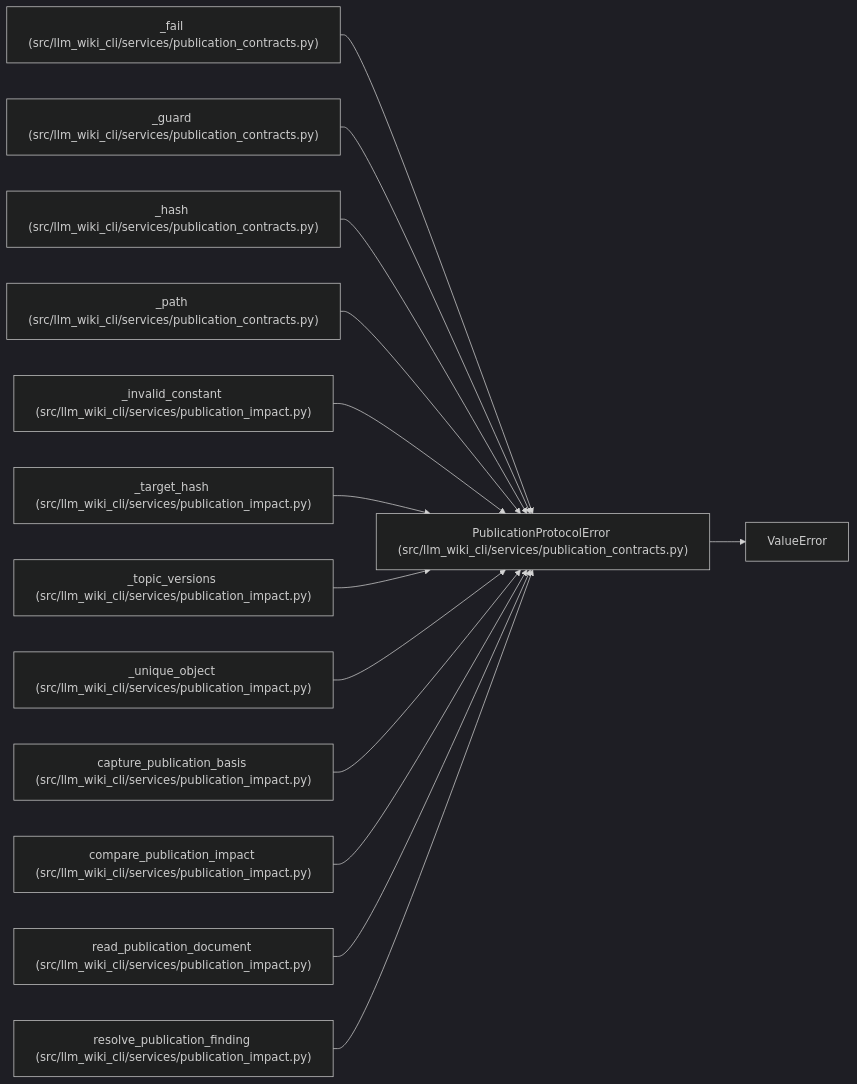
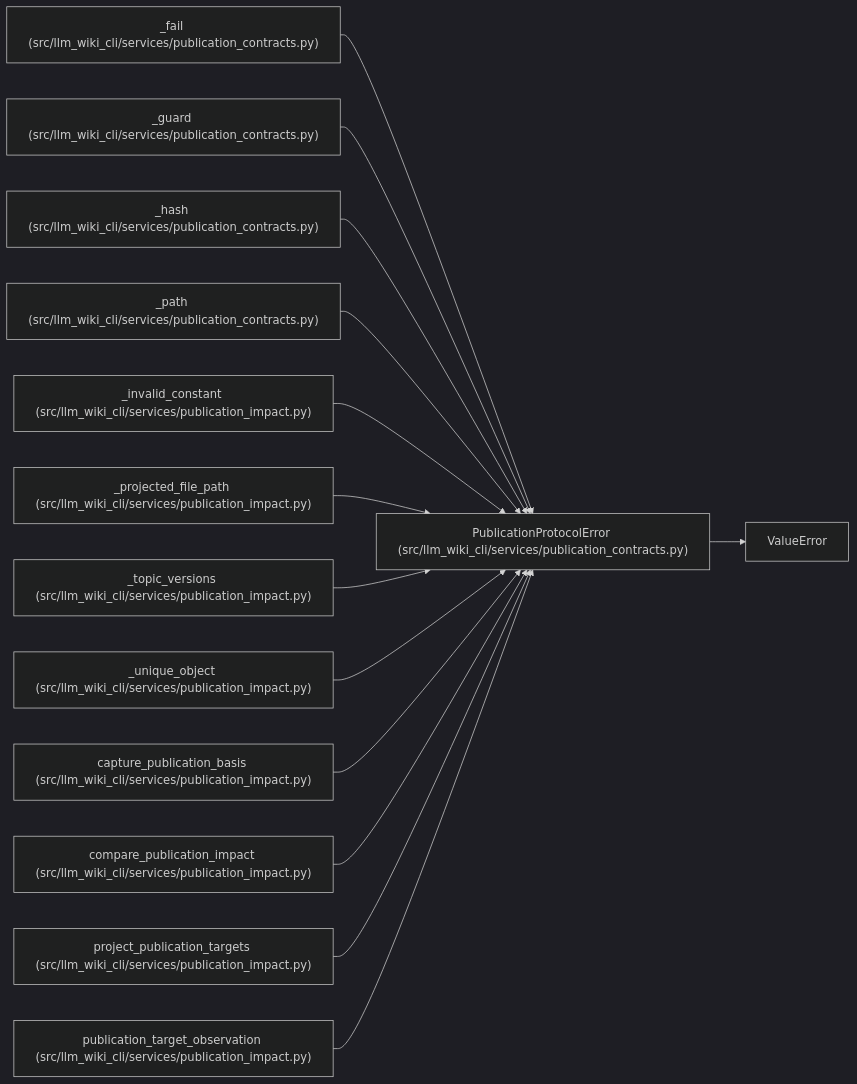
The diagram in docs/llm_wiki/entities/PublicationProtocolError.md (Denissvgn/python-wiki-llm), drawn with Mermaid (dark theme) before and after one commit. The commit also changed other lines of this file and 318 other files, not shown here.

````diff
--- a/docs/llm_wiki/entities/PublicationProtocolError.md
+++ b/docs/llm_wiki/entities/PublicationProtocolError.md
@@ -23,43 +23,43 @@
 ```mermaid
 flowchart LR
     n0["PublicationProtocolError (src/llm_wiki_cli/services/publication_contracts.py)"]
     n1["ValueError"]
     n2["_fail (src/llm_wiki_cli/services/publication_contracts.py)"]
     n3["_guard (src/llm_wiki_cli/services/publication_contracts.py)"]
     n4["_hash (src/llm_wiki_cli/services/publication_contracts.py)"]
     n5["_path (src/llm_wiki_cli/services/publication_contracts.py)"]
     n6["_invalid_constant (src/llm_wiki_cli/services/publication_impact.py)"]
-    n7["_target_hash (src/llm_wiki_cli/services/publication_impact.py)"]
+    n7["_projected_file_path (src/llm_wiki_cli/services/publication_impact.py)"]
     n8["_topic_versions (src/llm_wiki_cli/services/publication_impact.py)"]
     n9["_unique_object (src/llm_wiki_cli/services/publication_impact.py)"]
     n10["capture_publication_basis (src/llm_wiki_cli/services/publication_impact.py)"]
     n11["compare_publication_impact (src/llm_wiki_cli/services/publication_impact.py)"]
-    n12["read_publication_document (src/llm_wiki_cli/services/publication_impact.py)"]
-    n13["resolve_publication_finding (src/llm_wiki_cli/services/publication_impact.py)"]
+    n12["project_publication_targets (src/llm_wiki_cli/services/publication_impact.py)"]
+    n13["publication_target_observation (src/llm_wiki_cli/services/publication_impact.py)"]
     n0 --> n1
     n2 --> n0
     n3 --> n0
     n4 --> n0
     n5 --> n0
     n6 --> n0
     n7 --> n0
     n8 --> n0
     n9 --> n0
     n10 --> n0
     n11 --> n0
     n12 --> n0
     n13 --> n0
     click n0 "../modules/publication_contracts.md"
     click n2 "../modules/publication_contracts.md"
     click n3 "../modules/publication_contracts.md"
     click n4 "../modules/publication_contracts.md"
     click n5 "../modules/publication_contracts.md"
     click n6 "../modules/publication_impact.md"
     click n7 "../modules/publication_impact.md"
     click n8 "../modules/publication_impact.md"
     click n9 "../modules/publication_impact.md"
     click n10 "../modules/publication_impact.md"
     click n11 "../modules/publication_impact.md"
     click n12 "../modules/publication_impact.md"
     click n13 "../modules/publication_impact.md"
 ```
````
